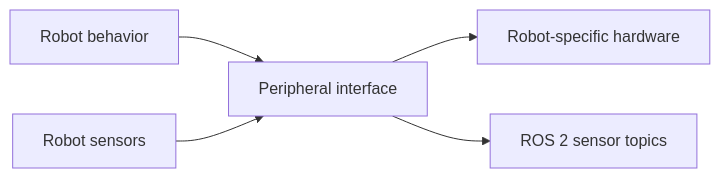
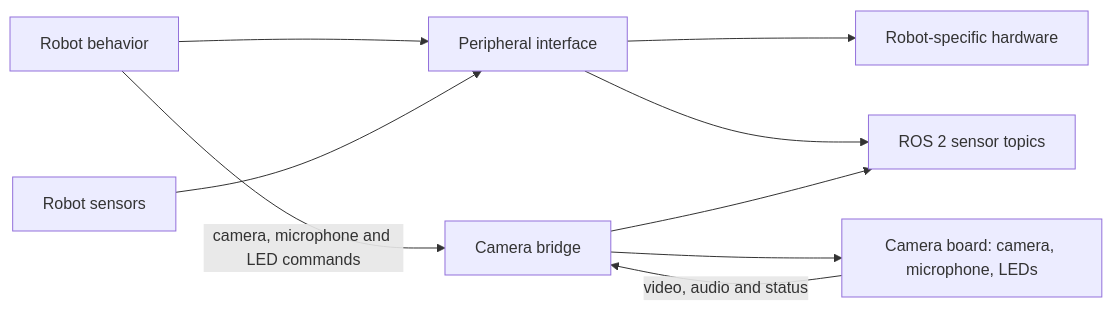
Before and after one commit to SolarSpore/Distributed-Robotics-Platform-2026: the second of 2 diagrams in README.md, drawn with Mermaid. The commit also changed other lines of this file and 11 other files, not shown here.

Commit message:
Add the camera template, camera board and odometry to the docs and diagrams, and an install guide section

````diff
--- a/README.md
+++ b/README.md
@@ -319,12 +326,20 @@
 ```mermaid
 flowchart LR
     BEHAVIOR["Robot behavior"]
     PERIPH["Peripheral interface"]
     HW["Robot-specific hardware"]
     SENSOR["Robot sensors"]
 
     BEHAVIOR --> PERIPH
     PERIPH --> HW
     SENSOR --> PERIPH
     PERIPH --> ROS["ROS 2 sensor topics"]
+
+    CAMBR["Camera bridge"]
+    BOARD["Camera board: camera, microphone, LEDs"]
+
+    BEHAVIOR -->|"camera, microphone and LED commands"| CAMBR
+    CAMBR --> BOARD
+    BOARD -->|"video, audio and status"| CAMBR
+    CAMBR --> ROS
 ```
````
